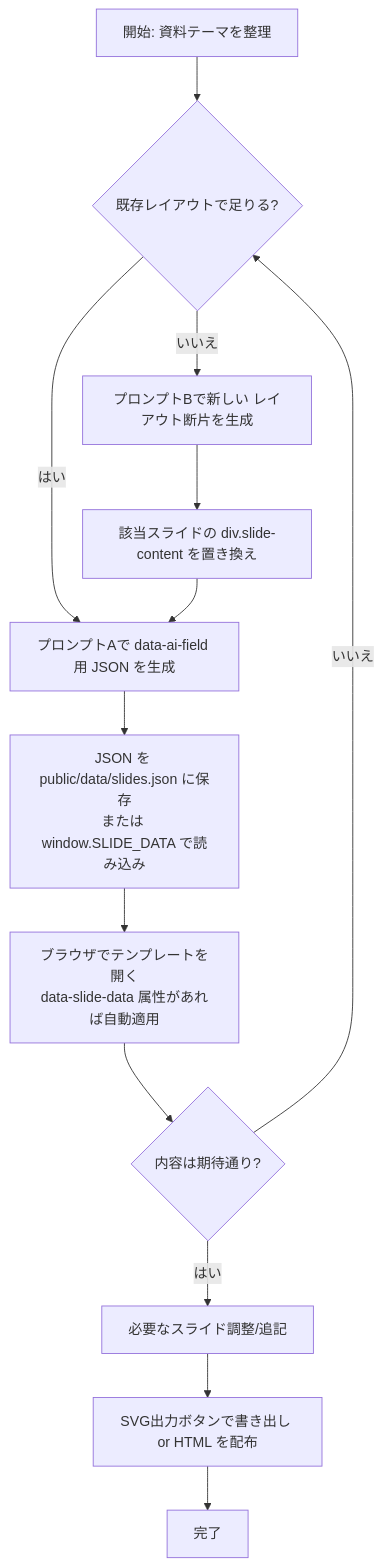
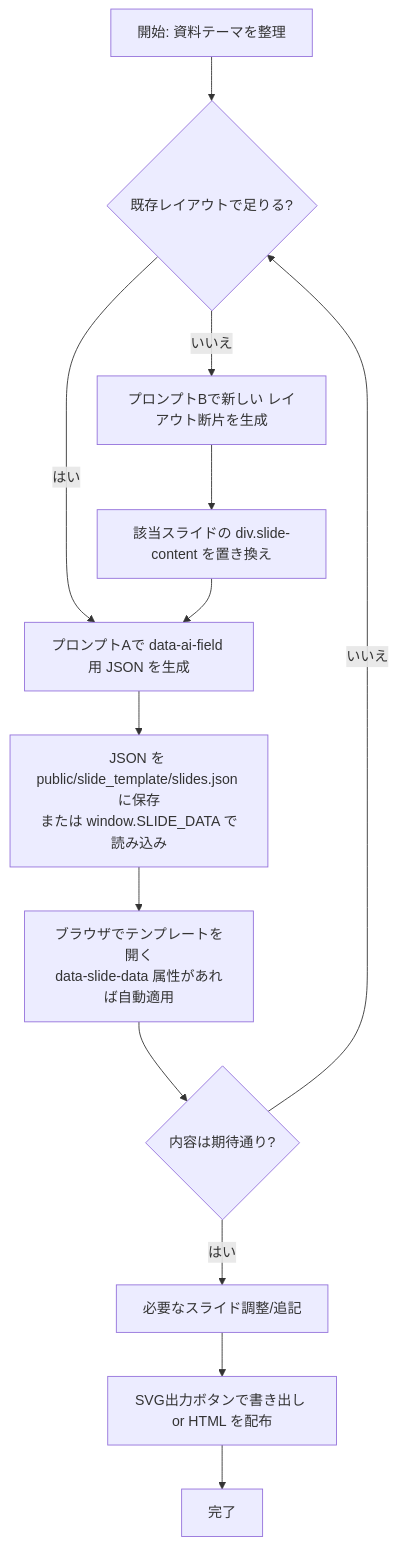
Before and after one commit to junTaniguchi/slide_template: the diagram in README.md, drawn with Mermaid. The commit also changed other lines of this file and 4 other files, not shown here.

Commit message:
Co-locate slides data with template

````diff
--- a/README.md
+++ b/README.md
@@ -42,15 +115,15 @@
 ```mermaid
 flowchart TD
   A[開始: 資料テーマを整理] --> B{既存レイアウトで足りる?}
   B -- はい --> C[プロンプトAで data-ai-field 用 JSON を生成]
-  C --> D[JSON を public/data/slides.json に保存<br/>または window.SLIDE_DATA で読み込み]
+  C --> D[JSON を public/slide_template/slides.json に保存<br/>または window.SLIDE_DATA で読み込み]
   B -- いいえ --> E[プロンプトBで新しい レイアウト断片を生成]
   E --> F[該当スライドの div.slide-content を置き換え]
   F --> C
   D --> G[ブラウザでテンプレートを開く<br/>data-slide-data 属性があれば自動適用]
   G --> H{内容は期待通り?}
   H -- いいえ --> B
   H -- はい --> I[必要なスライド調整/追記]
   I --> J[SVG出力ボタンで書き出し or HTML を配布]
   J --> K[完了]
 ```
````
